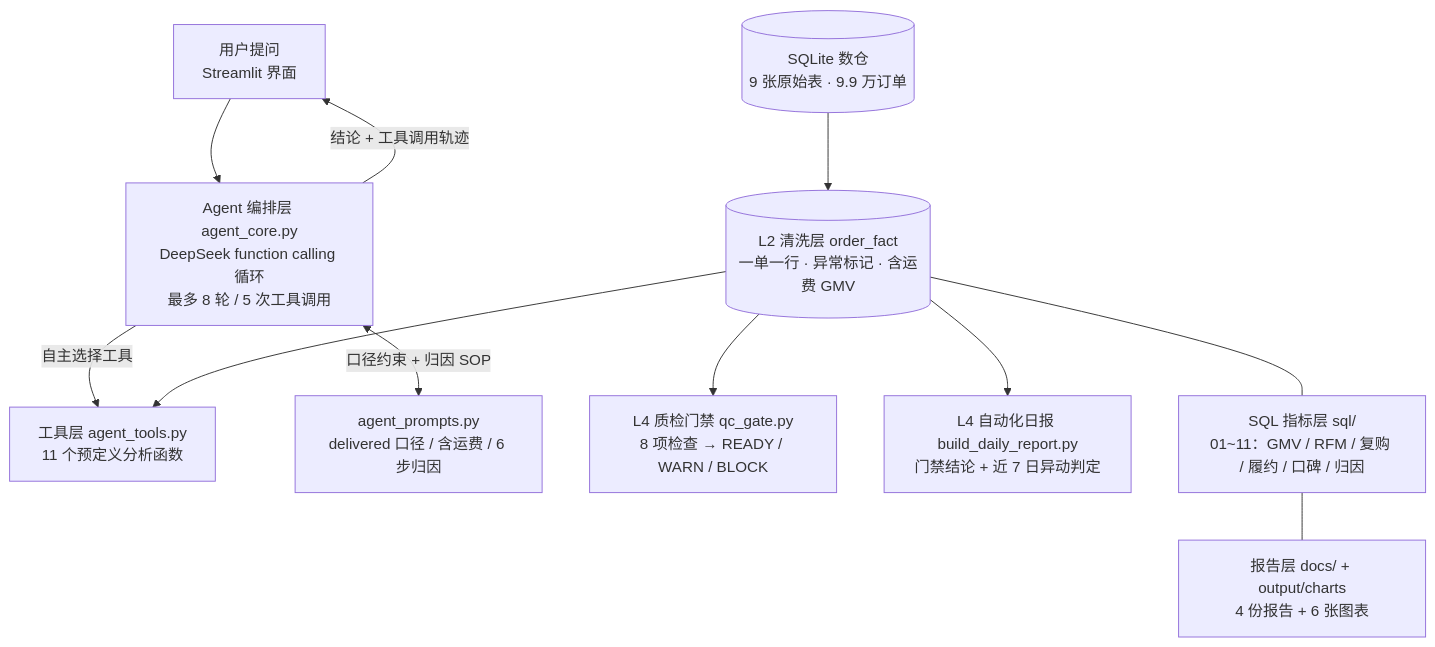
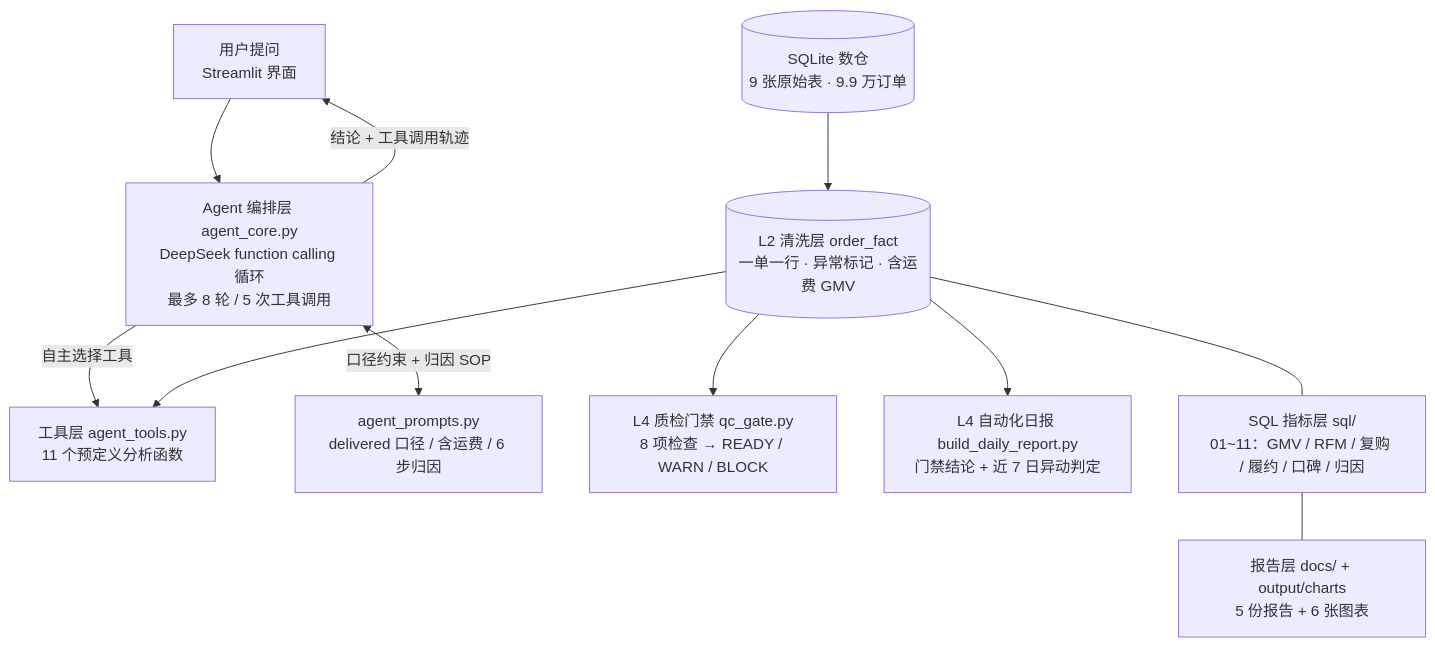
One commit to qingshiyu72/olist-ecommerce-analysis changed the diagram in README.md. Above: the diagram before and after it, drawn with Mermaid. The commit also changed other lines of this file and 2 other files, not shown here.

````diff
--- a/README.md
+++ b/README.md
@@ -58,15 +58,15 @@
 ```mermaid
 flowchart TD
     U[用户提问<br/>Streamlit 界面] --> A[Agent 编排层 agent_core.py<br/>DeepSeek function calling 循环<br/>最多 8 轮 / 5 次工具调用]
     A -->|自主选择工具| T[工具层 agent_tools.py<br/>11 个预定义分析函数]
     A <-->|口径约束 + 归因 SOP| P[agent_prompts.py<br/>delivered 口径 / 含运费 / 6 步归因]
 
     D[(SQLite 数仓<br/>9 张原始表 · 9.9 万订单)] --> F[(L2 清洗层 order_fact<br/>一单一行 · 异常标记 · 含运费 GMV)]
     F --> T
     F --> G[L4 质检门禁 qc_gate.py<br/>8 项检查 → READY / WARN / BLOCK]
     F --> RPT[L4 自动化日报 build_daily_report.py<br/>门禁结论 + 近 7 日异动判定]
 
     F --- L[SQL 指标层 sql/<br/>01~11：GMV / RFM / 复购 / 履约 / 口碑 / 归因]
-    L --- R[报告层 docs/ + output/charts<br/>4 份报告 + 6 张图表]
+    L --- R[报告层 docs/ + output/charts<br/>5 份报告 + 6 张图表]
     A -->|结论 + 工具调用轨迹| U
 ```
````
